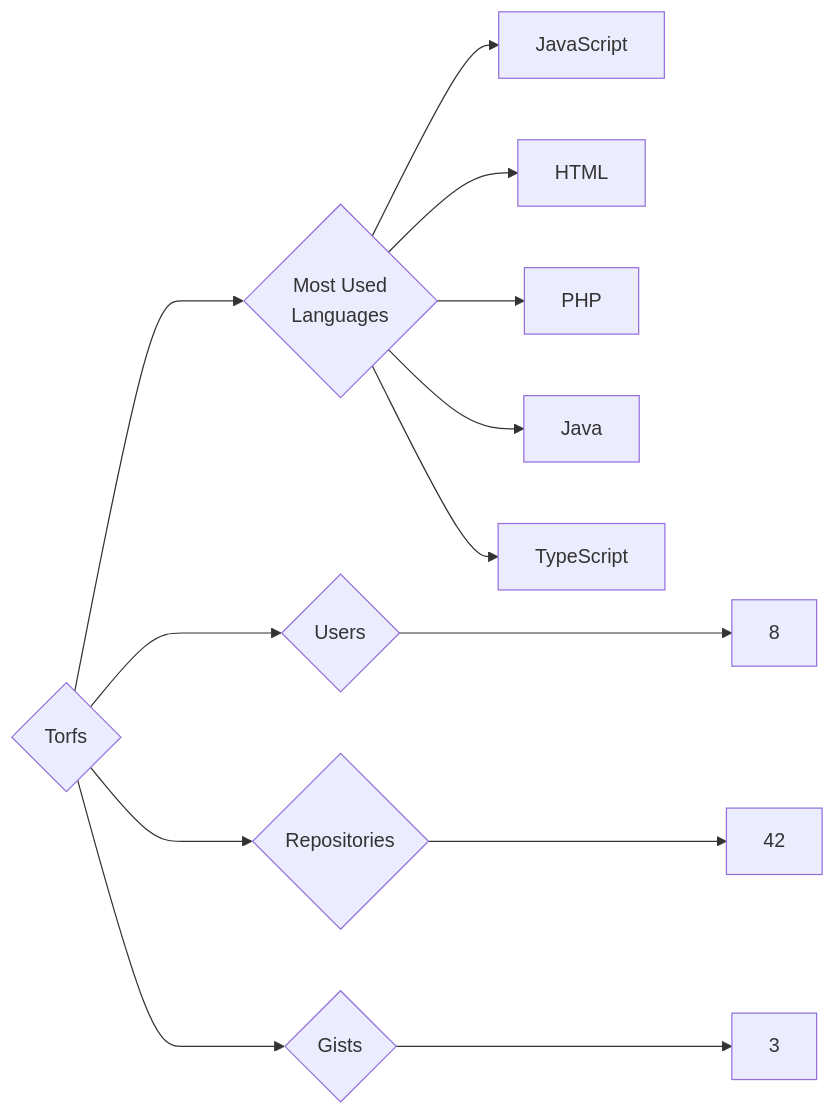
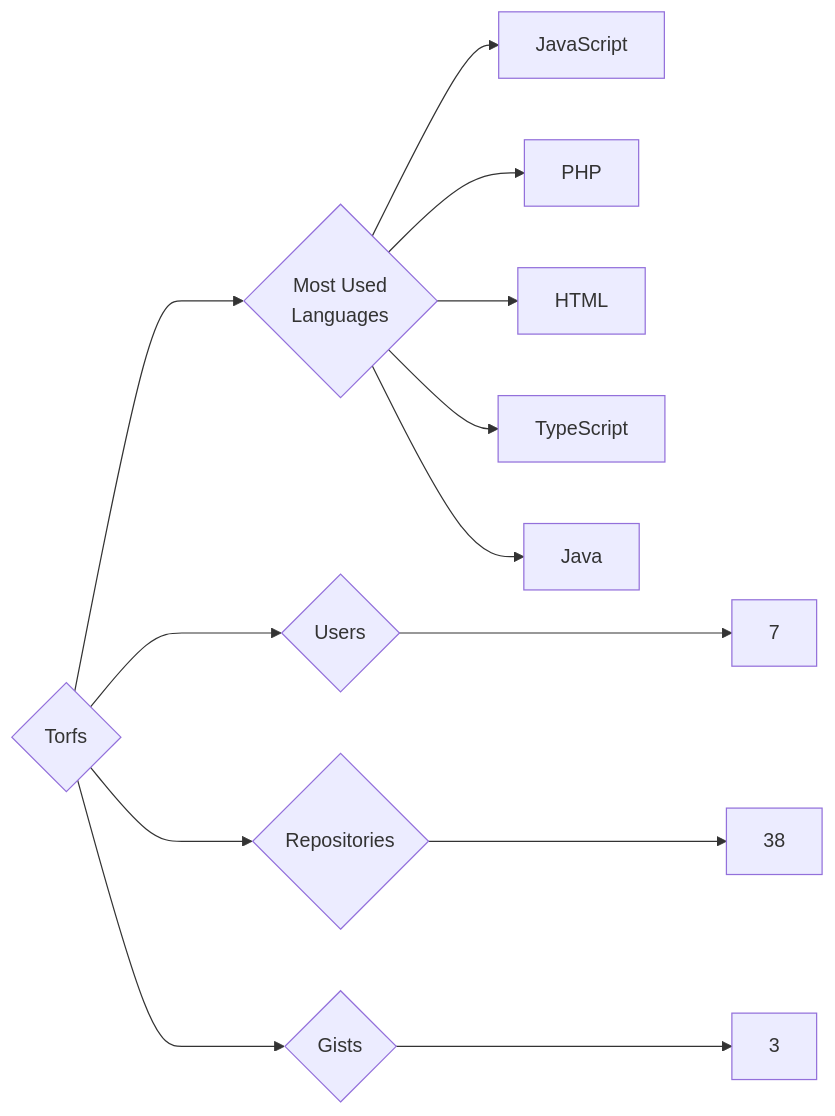
One commit to trickest/insiders changed the diagram in targets/Torfs/README.md. Above: the diagram before and after it, drawn with Mermaid. The commit also changed 965 other files, not shown here.

````diff
--- a/targets/Torfs/README.md
+++ b/targets/Torfs/README.md
@@ -3,13 +3,13 @@
 ```mermaid
 graph LR
 COMPANY_NAME{Torfs}
-COMPANY_NAME ---> U{Users} ---> UN[8]
-COMPANY_NAME ---> R{Repositories} ---> RN[42]
+COMPANY_NAME ---> U{Users} ---> UN[7]
+COMPANY_NAME ---> R{Repositories} ---> RN[38]
 COMPANY_NAME ---> G{Gists} ---> GN[3]
 COMPANY_NAME ---> ML{Most Used<br>Languages}
 ML --> JavaScript[JavaScript]
+ML --> PHP[PHP]
 ML --> HTML[HTML]
-ML --> PHP[PHP]
+ML --> TypeScript[TypeScript]
 ML --> Java[Java]
-ML --> TypeScript[TypeScript]
 ```
````
